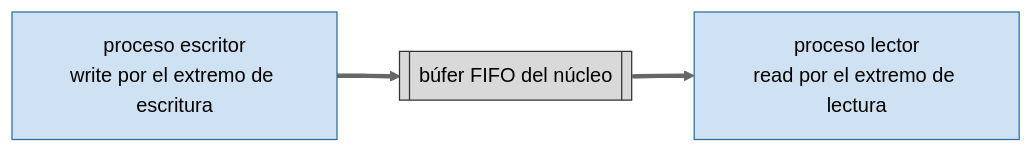
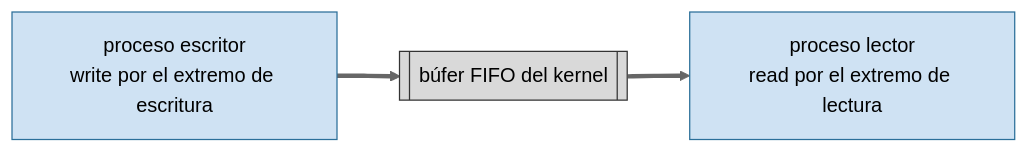
One commit to asiermarzo/ssoo changed the first of 3 diagrams in TEORIA/07-ipc-pipes-y-fifos/README.md. Above: the diagram before and after it, drawn with Mermaid (neutral theme). The commit also changed other lines of this file and 18 other files, not shown here.

````diff
--- a/TEORIA/07-ipc-pipes-y-fifos/README.md
+++ b/TEORIA/07-ipc-pipes-y-fifos/README.md
@@ -16,10 +16,10 @@
 ```mermaid
 flowchart LR
-    W["proceso escritor<br/>write por el extremo de escritura"] ==> BUF[["búfer FIFO del núcleo"]]
+    W["proceso escritor<br/>write por el extremo de escritura"] ==> BUF[["búfer FIFO del kernel"]]
     BUF ==> R["proceso lector<br/>read por el extremo de lectura"]
 
     classDef proceso fill:#cfe2f3,stroke:#2b6f99,color:#000;
     classDef nucleo fill:#d9d9d9,stroke:#333,color:#000;
     class W,R proceso;
     class BUF nucleo;
 ```
````
